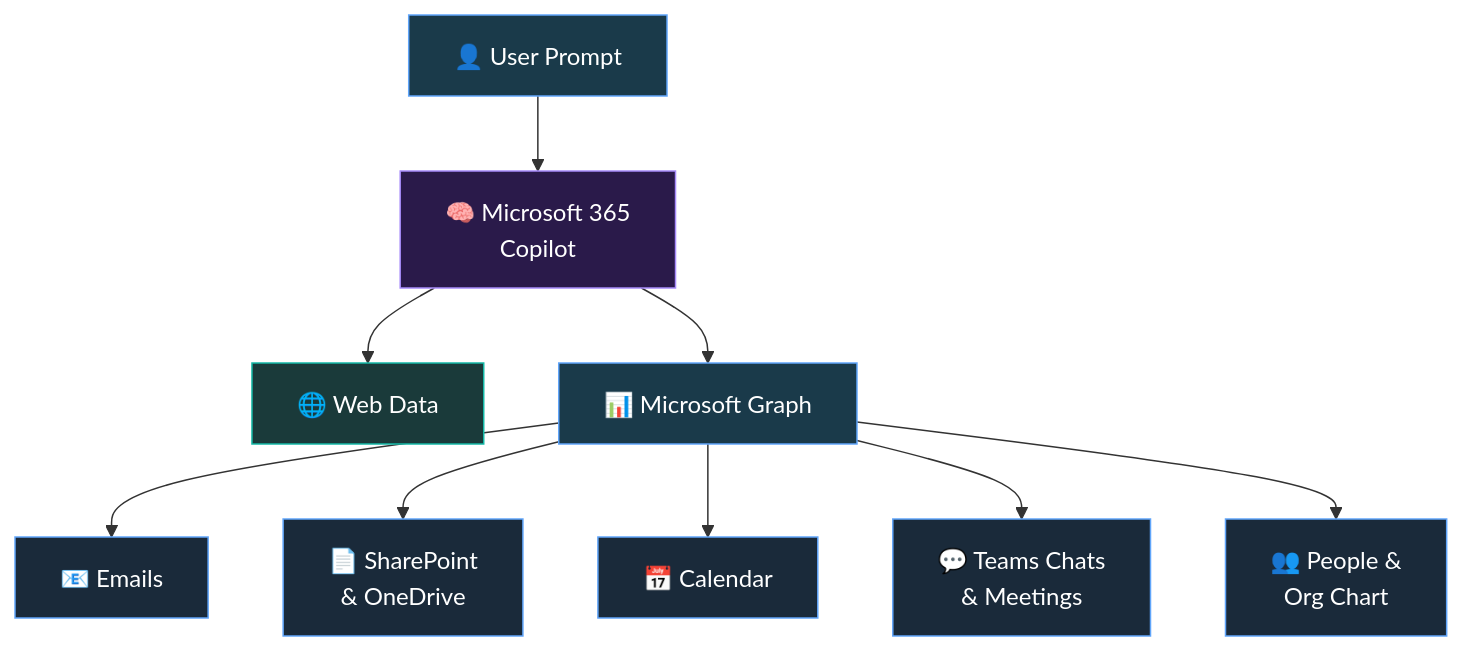
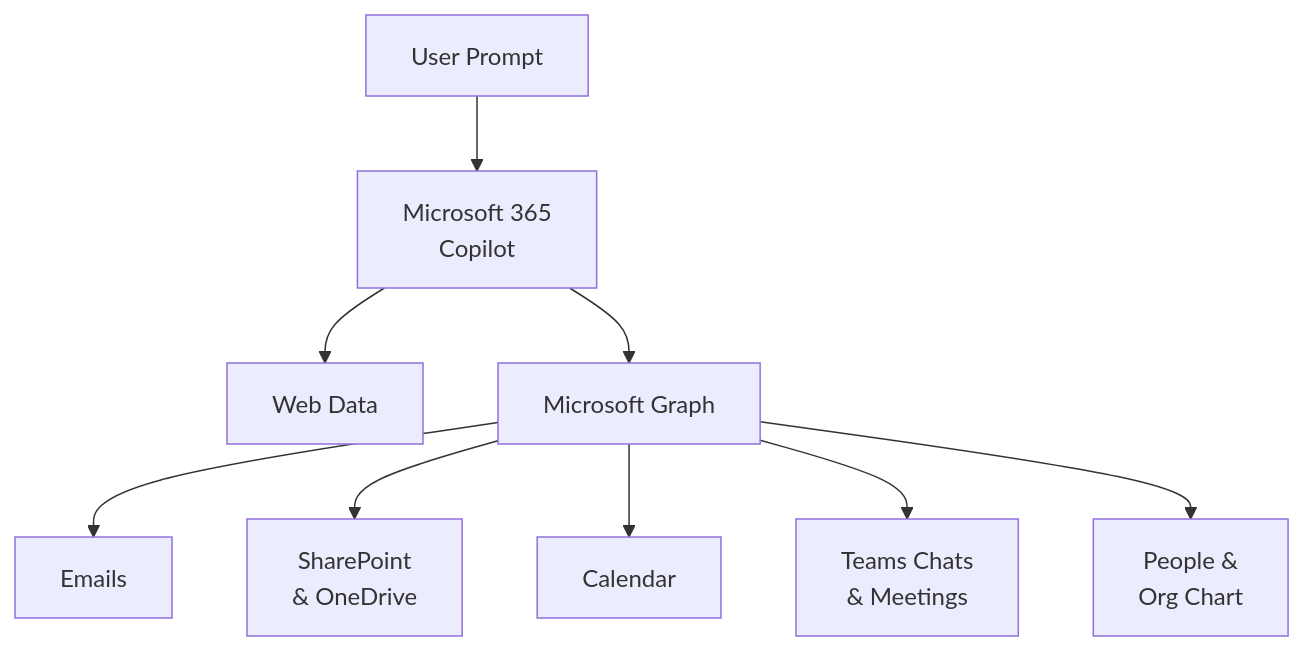
Before and after one commit to susanthgit/aguidetocloud-revamp: the third of 6 diagrams in content/blog/microsoft-365-copilot-licensed-complete-guide-for-trainers.md, drawn with Mermaid. The commit also changed other lines of this file and 553 other files, not shown here.

First line of the commit message:
🌸 Z17: Zen Mermaid diagrams — Stripe Docs style

````diff
--- a/content/blog/microsoft-365-copilot-licensed-complete-guide-for-trainers.md
+++ b/content/blog/microsoft-365-copilot-licensed-complete-guide-for-trainers.md
@@ -236,20 +219,11 @@
 ```mermaid
 flowchart TD
-    A["👤 User Prompt"] --> B["🧠 Microsoft 365<br/>Copilot"]
-    B --> C["🌐 Web Data"]
-    B --> D["📊 Microsoft Graph"]
-    D --> E["📧 Emails"]
-    D --> F["📄 SharePoint<br/>& OneDrive"]
-    D --> G["📅 Calendar"]
-    D --> H["💬 Teams Chats<br/>& Meetings"]
-    D --> I["👥 People &<br/>Org Chart"]
-    style A fill:#1a3a4a,stroke:#60A5FA,color:#ffffff
-    style B fill:#2a1a4a,stroke:#A78BFA,color:#ffffff
-    style C fill:#1a3a3a,stroke:#14B8A6,color:#ffffff
-    style D fill:#1a3a4a,stroke:#60A5FA,color:#ffffff
-    style E fill:#1a2a3a,stroke:#60A5FA,color:#ffffff
-    style F fill:#1a2a3a,stroke:#60A5FA,color:#ffffff
-    style G fill:#1a2a3a,stroke:#60A5FA,color:#ffffff
-    style H fill:#1a2a3a,stroke:#60A5FA,color:#ffffff
-    style I fill:#1a2a3a,stroke:#60A5FA,color:#ffffff
+    A["User Prompt"] --> B["Microsoft 365<br/>Copilot"]
+    B --> C["Web Data"]
+    B --> D["Microsoft Graph"]
+    D --> E["Emails"]
+    D --> F["SharePoint<br/>& OneDrive"]
+    D --> G["Calendar"]
+    D --> H["Teams Chats<br/>& Meetings"]
+    D --> I["People &<br/>Org Chart"]
 ```
````
